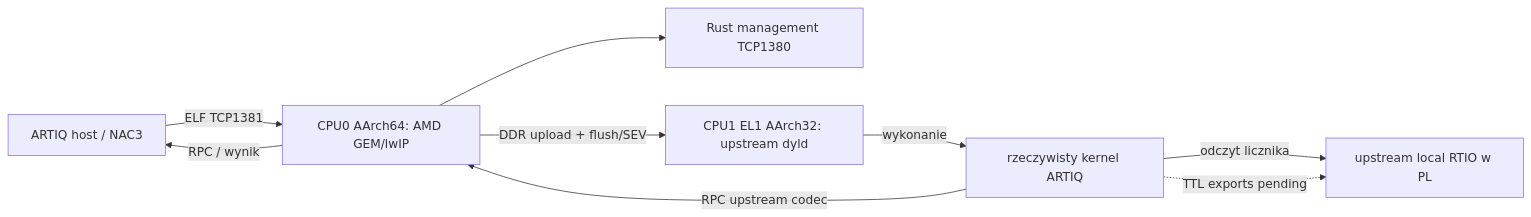
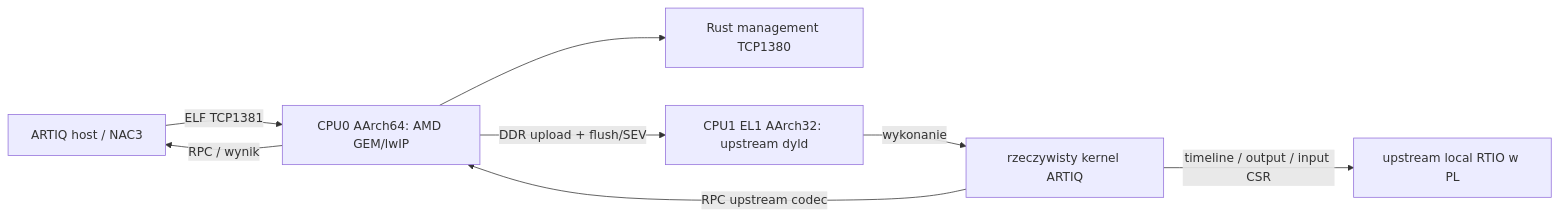
The third of 3 diagrams in docs/ARCHITECTURE.md (codex-hil/artiq-zynqmp), drawn with Mermaid before and after one commit. The commit also changed other lines of this file and 5 other files, not shown here.

Commit message:
Document real RTIO integration and pending physical TTL validation

````diff
--- a/docs/ARCHITECTURE.md
+++ b/docs/ARCHITECTURE.md
@@ -231,11 +231,10 @@
 ```mermaid
 flowchart LR
     HOST[ARTIQ host / NAC3] -->|ELF TCP1381| CPU0[CPU0 AArch64: AMD GEM/lwIP]
     CPU0 --> MGMT[Rust management TCP1380]
     CPU0 -->|DDR upload + flush/SEV| CPU1[CPU1 EL1 AArch32: upstream dyld]
     CPU1 -->|wykonanie| KERNEL[rzeczywisty kernel ARTIQ]
     KERNEL -->|RPC upstream codec| CPU0
     CPU0 -->|RPC / wynik| HOST
-    KERNEL -->|odczyt licznika| RTIO[upstream local RTIO w PL]
-    KERNEL -. TTL exports pending .-> RTIO
+    KERNEL -->|timeline / output / input CSR| RTIO[upstream local RTIO w PL]
 ```
````
